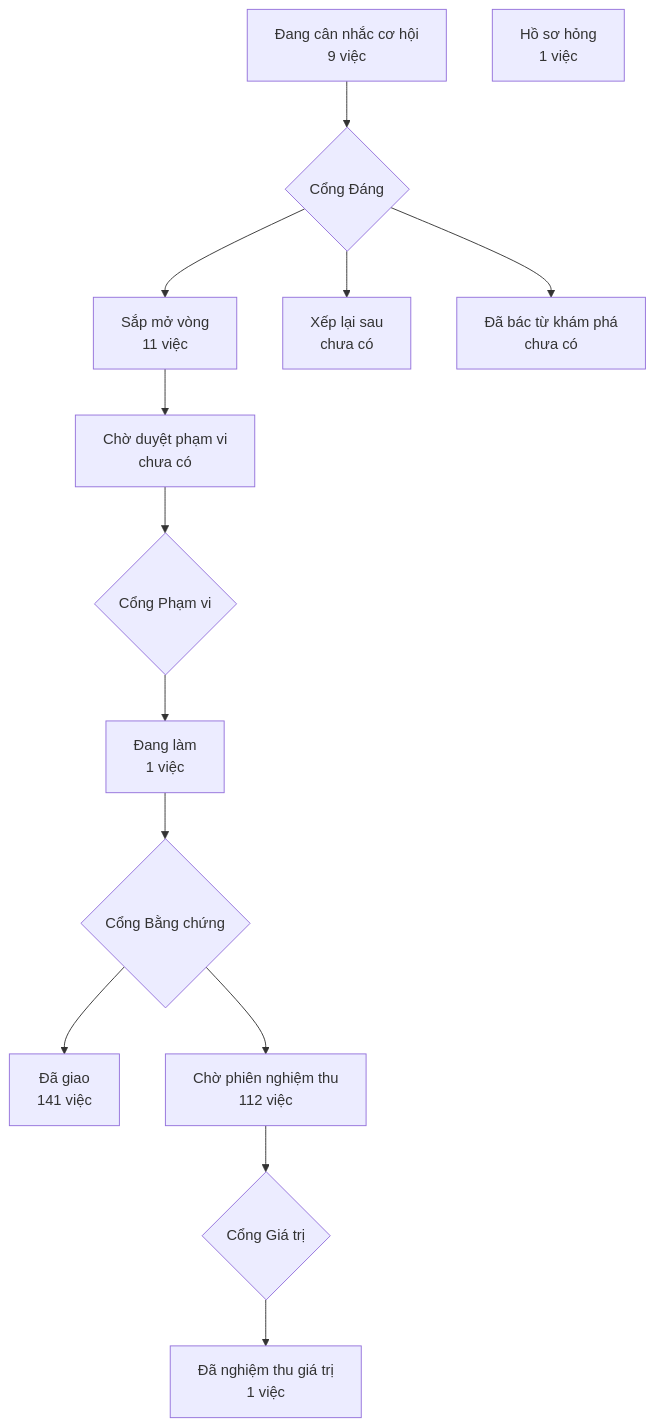
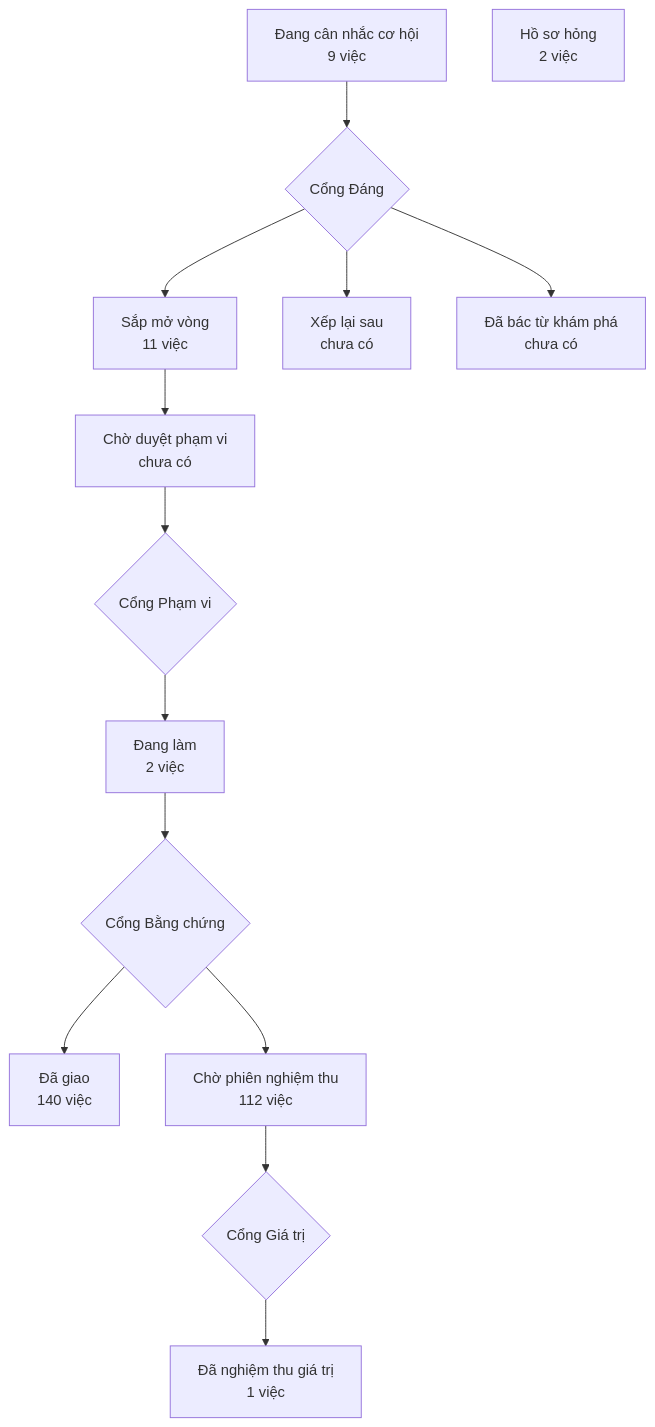
The diagram in PRODUCT-MAP.md (phanlemanh/crm-onehub), drawn with Mermaid before and after one commit. The commit also changed other lines of this file and 3 other files, not shown here.

````diff
--- a/PRODUCT-MAP.md
+++ b/PRODUCT-MAP.md
@@ -7,13 +7,13 @@
 ```mermaid
 flowchart TD
   A["Đang cân nhắc cơ hội<br/>9 việc"] --> GD{"Cổng Đáng"}
   GD --> B["Sắp mở vòng<br/>11 việc"]
   GD --> XL["Xếp lại sau<br/>chưa có"]
   GD --> DB["Đã bác từ khám phá<br/>chưa có"]
   B --> CD["Chờ duyệt phạm vi<br/>chưa có"] --> GP{"Cổng Phạm vi"}
-  GP --> DL["Đang làm<br/>1 việc"] --> GB{"Cổng Bằng chứng"}
-  GB --> DG["Đã giao<br/>141 việc"]
+  GP --> DL["Đang làm<br/>2 việc"] --> GB{"Cổng Bằng chứng"}
+  GB --> DG["Đã giao<br/>140 việc"]
   GB --> CN["Chờ phiên nghiệm thu<br/>112 việc"] --> GG{"Cổng Giá trị"}
   GG --> NT["Đã nghiệm thu giá trị<br/>1 việc"]
-  HS["Hồ sơ hỏng<br/>1 việc"]
+  HS["Hồ sơ hỏng<br/>2 việc"]
 ```
````
